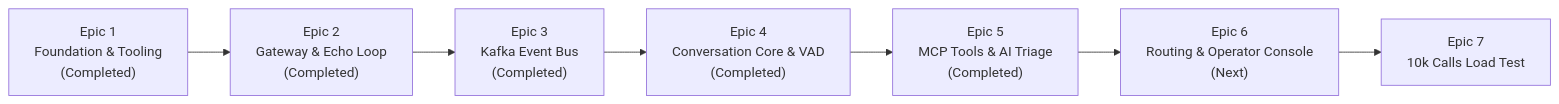
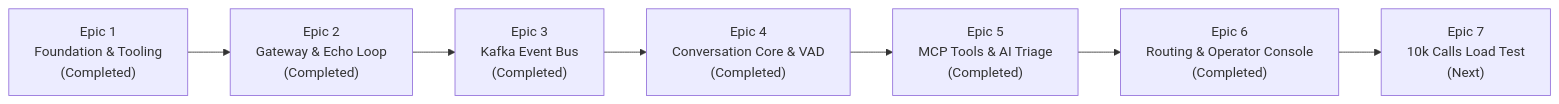
The diagram in ROADMAP.md (pedrazamiguez/voice-pulse), drawn with Mermaid before and after one commit. The commit also changed other lines of this file and 4 other files, not shown here.

Commit message:
docs(roadmap): mark Epic 6 complete and add Epic 7 master plan (#159)

````diff
--- a/ROADMAP.md
+++ b/ROADMAP.md
@@ -26,9 +26,9 @@
 ```mermaid
 flowchart LR
     E1["Epic 1<br/>Foundation & Tooling<br/>(Completed)"] --> E2["Epic 2<br/>Gateway & Echo Loop<br/>(Completed)"]
     E2 --> E3["Epic 3<br/>Kafka Event Bus<br/>(Completed)"]
     E3 --> E4["Epic 4<br/>Conversation Core & VAD<br/>(Completed)"]
     E4 --> E5["Epic 5<br/>MCP Tools & AI Triage<br/>(Completed)"]
-    E5 --> E6["Epic 6<br/>Routing & Operator Console<br/>(Next)"]
-    E6 --> E7["Epic 7<br/>10k Calls Load Test"]
+    E5 --> E6["Epic 6<br/>Routing & Operator Console<br/>(Completed)"]
+    E6 --> E7["Epic 7<br/>10k Calls Load Test<br/>(Next)"]
 ```
````
